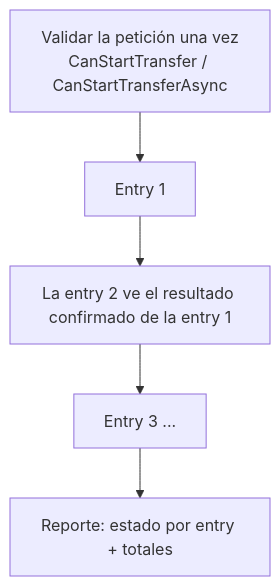
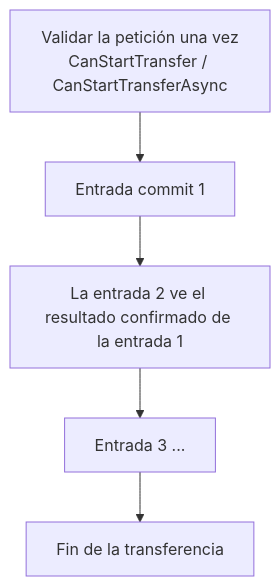
Before and after one commit to SergeevSergey99/DragAndDropSystem-Docs: the second of 2 diagrams in .docs/content/architecture/transfer-pipeline.es.md, drawn with Mermaid. The commit also changed other lines of this file and 19 other files, not shown here.

````diff
--- a/.docs/content/architecture/transfer-pipeline.es.md
+++ b/.docs/content/architecture/transfer-pipeline.es.md
@@ -183,7 +111,7 @@
 ```mermaid
 flowchart TD
-    A["Validar la petición una vez<br/>CanStartTransfer / CanStartTransferAsync"] --> B["Entry 1"]
-    B --> C["La entry 2 ve el resultado confirmado de la entry 1"]
-    C --> D["Entry 3 ..."]
-    D --> E["Reporte: estado por entry + totales"]
+    A["Validar la petición una vez<br/>CanStartTransfer / CanStartTransferAsync"] --> B["Entrada commit 1"]
+    B --> C["La entrada 2 ve el resultado confirmado de la entrada 1"]
+    C --> D["Entrada 3 ..."]
+    D --> E["Fin de la transferencia"]
 ```
````
